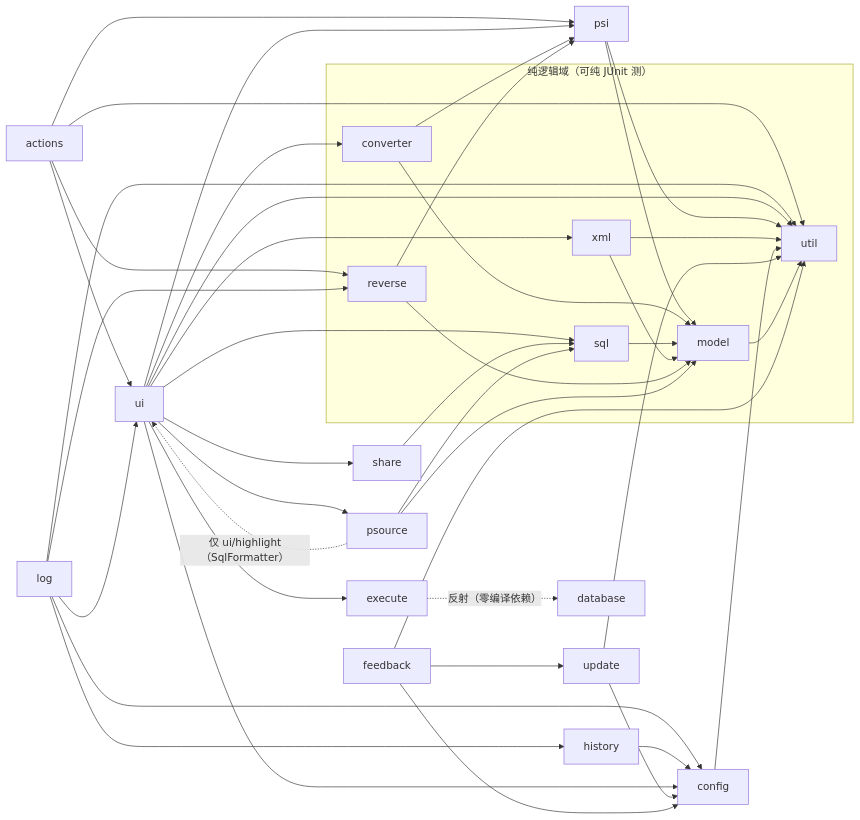
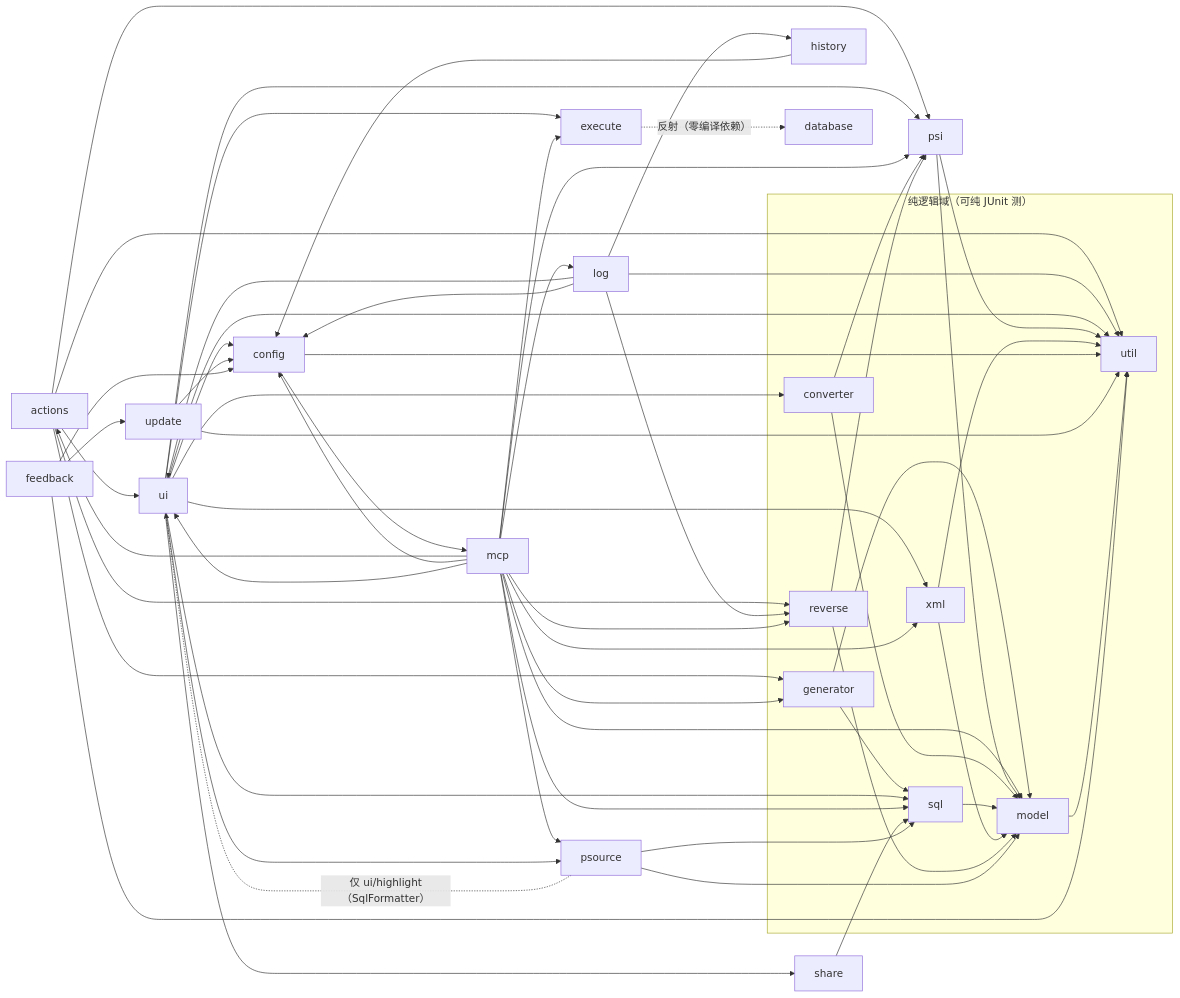
One commit to JayF211/mybatis-plus-sql-visualizer changed the third of 5 diagrams in docs/架构设计/01-项目架构总览.md. Above: the diagram before and after it, drawn with Mermaid. The commit also changed other lines of this file and 2 other files, not shown here.

````diff
--- a/docs/架构设计/01-项目架构总览.md
+++ b/docs/架构设计/01-项目架构总览.md
@@ -140,52 +150,69 @@
 ```mermaid
 flowchart LR
     actions --> ui
     actions --> reverse
     actions --> psi
     actions --> util
+    actions --> generator
+    generator --> model
+    generator --> sql
     log --> ui
     log --> reverse
     log --> history
     log --> config
     log --> util
     history --> config
     ui --> psi
     ui --> converter
     ui --> sql
     ui --> xml
     ui --> execute
     ui --> share
     ui --> config
     ui --> util
+    mcp --> actions
+    mcp --> config
+    mcp --> execute
+    mcp --> generator
+    mcp --> log
+    mcp --> model
+    mcp --> psi
+    mcp --> psource
+    mcp --> reverse
+    mcp --> sql
+    mcp --> ui
+    mcp --> xml
+    config --> mcp
     psi --> model
     psi --> util
     converter --> model
     converter --> psi
     sql --> model
     xml --> model
     xml --> util
     reverse --> model
     reverse --> psi
     execute -. "反射（零编译依赖）" .-> database
     config --> util
     update --> config
     update --> util
     model --> util
     share --> sql
     psource --> model
     psource --> sql
     psource -. "仅 ui/highlight（SqlFormatter）" .-> ui
     ui --> psource
     feedback --> config
     feedback --> update
     feedback --> util
 
     subgraph 纯逻辑域["纯逻辑域（可纯 JUnit 测）"]
         model
         converter
         sql
         xml
         reverse
         util
+        generator
     end
 ```
````
